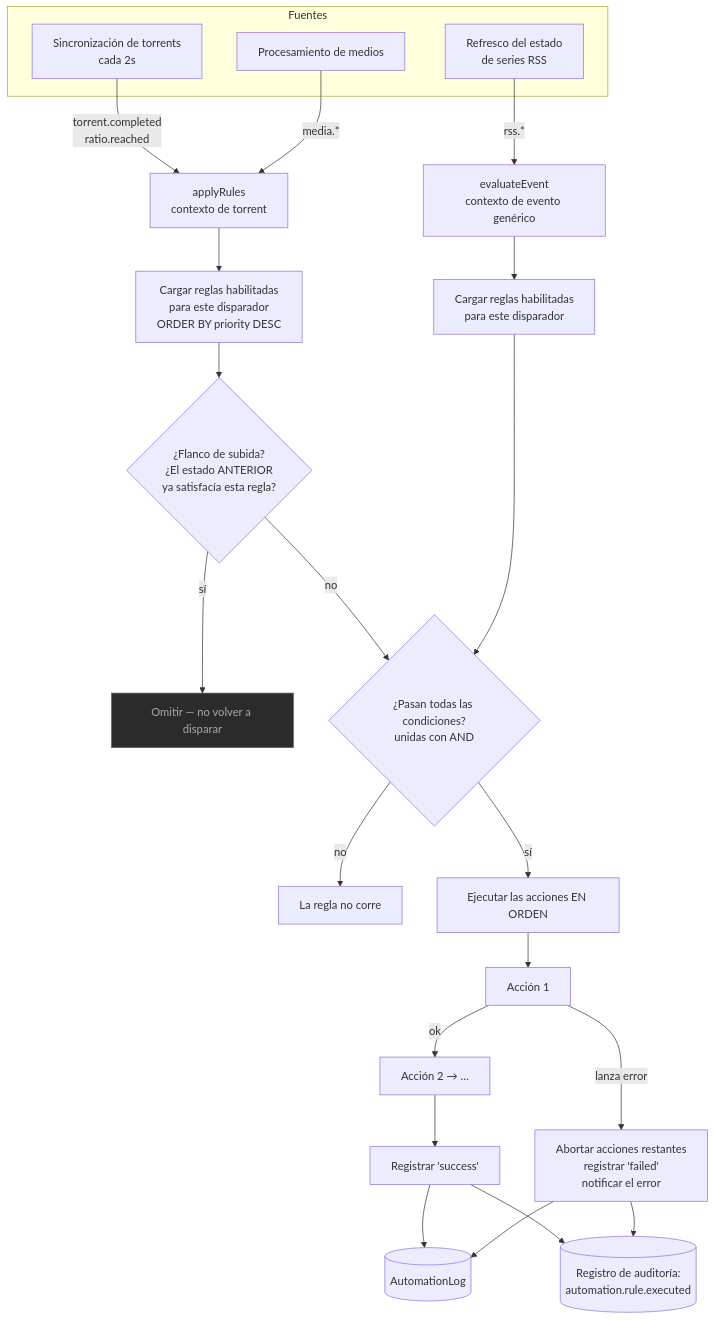
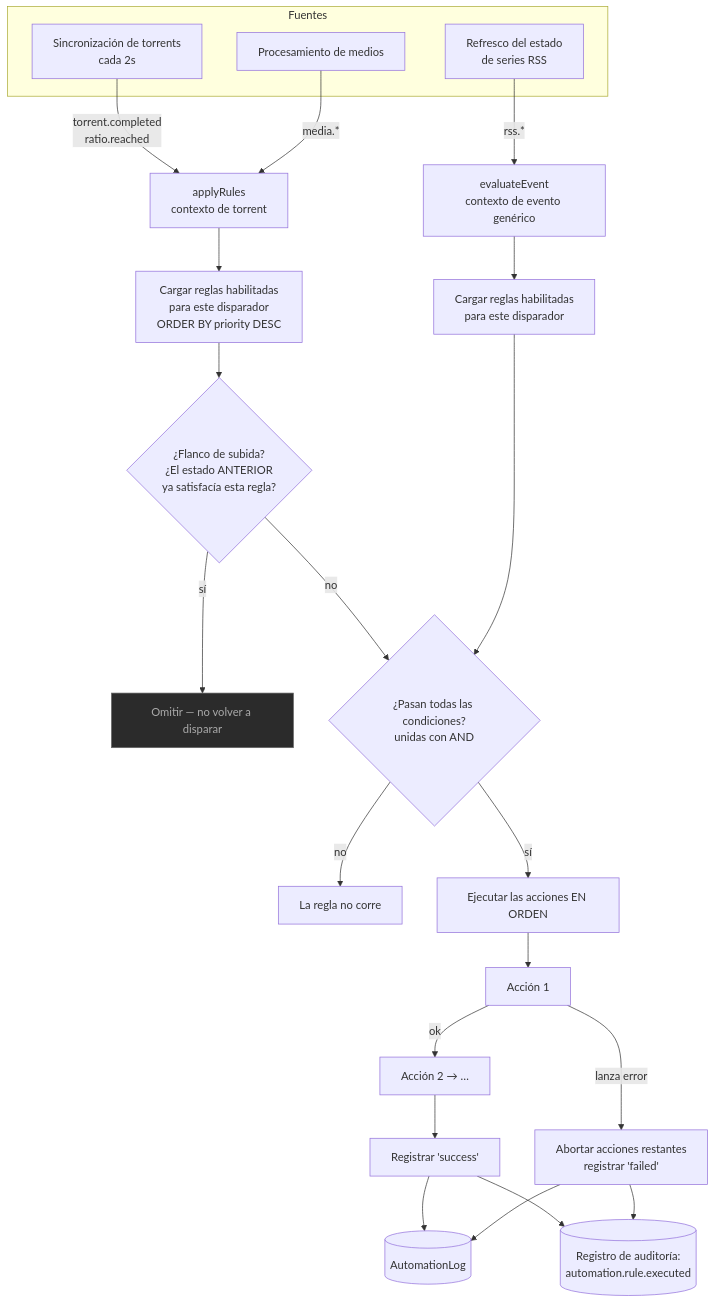
Before and after one commit to damirabal/ultratorrent-core: the diagram in website/i18n/es-PR/docusaurus-plugin-content-docs/current/modules/automation.md, drawn with Mermaid. The commit also changed other lines of this file and 63 other files, not shown here.

````diff
--- a/website/i18n/es-PR/docusaurus-plugin-content-docs/current/modules/automation.md
+++ b/website/i18n/es-PR/docusaurus-plugin-content-docs/current/modules/automation.md
@@ -54,35 +53,35 @@
 ```mermaid
 flowchart TD
     subgraph Fuentes
       TS[Sincronización de torrents<br/>cada 2s]
       MP[Procesamiento de medios]
       RSSS[Refresco del estado<br/>de series RSS]
     end
 
     TS -->|torrent.completed<br/>ratio.reached| EV[applyRules<br/>contexto de torrent]
     MP -->|media.*| EV
     RSSS -->|rss.*| EE[evaluateEvent<br/>contexto de evento genérico]
 
     EV --> L1[Cargar reglas habilitadas<br/>para este disparador<br/>ORDER BY priority DESC]
     EE --> L2[Cargar reglas habilitadas<br/>para este disparador]
 
     L1 --> RE{"¿Flanco de subida?<br/>¿El estado ANTERIOR<br/>ya satisfacía esta regla?"}
     RE -->|sí| SKIP[Omitir — no volver a disparar]
     RE -->|no| C
 
     L2 --> C{"¿Pasan todas las condiciones?<br/>unidas con AND"}
     C -->|no| NF[La regla no corre]
     C -->|sí| A[Ejecutar las acciones EN ORDEN]
 
     A --> A1[Acción 1]
-    A1 -->|lanza error| FAIL["Abortar acciones restantes<br/>registrar 'failed'<br/>notificar el error"]
+    A1 -->|lanza error| FAIL["Abortar acciones restantes<br/>registrar 'failed'"]
     A1 -->|ok| A2[Acción 2 → …]
     A2 --> OK["Registrar 'success'"]
 
     OK --> AL[(AutomationLog)]
     FAIL --> AL
     OK --> AU[("Registro de auditoría:<br/>automation.rule.executed")]
     FAIL --> AU
 
     style SKIP fill:#2b2b2b,stroke:#666,color:#aaa
 ```
````
